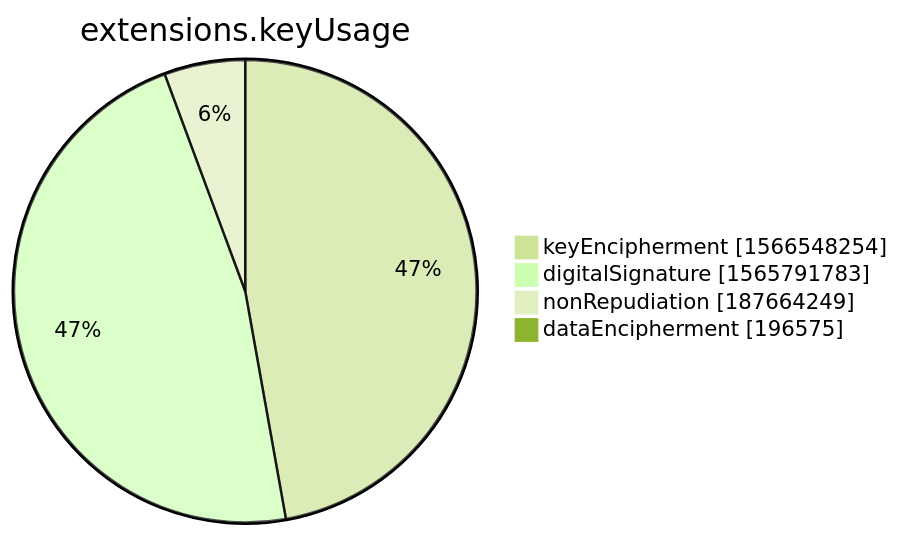
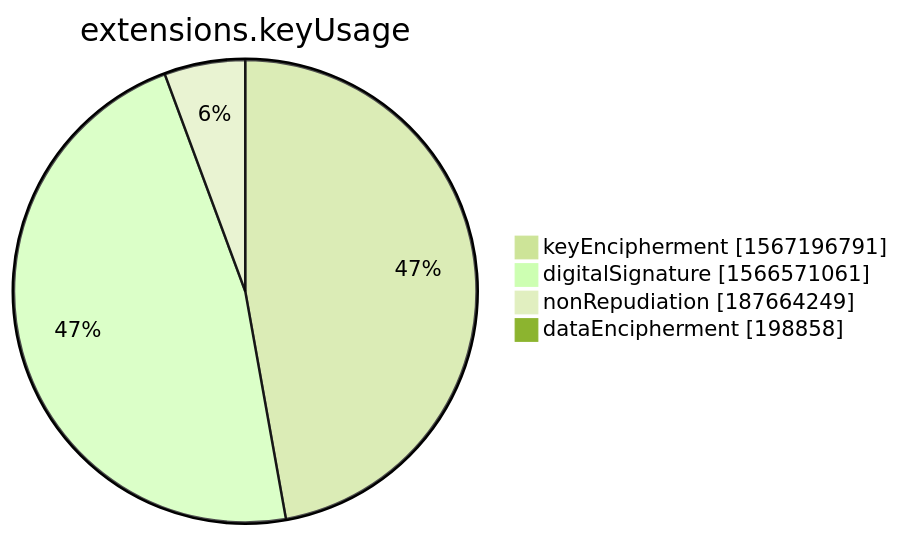
The seventh of 15 diagrams in xenon2022/README.md (christiankrug/ctmonitor_visualization), drawn with Mermaid (forest theme) before and after one commit. The commit also changed other lines of this file, not shown here.

````diff
--- a/xenon2022/README.md
+++ b/xenon2022/README.md
@@ -2853,8 +2853,8 @@
 ```mermaid
 pie showData
 title extensions.keyUsage
-"keyEncipherment" :1566548254
-"digitalSignature" :1565791783
+"keyEncipherment" :1567196791
+"digitalSignature" :1566571061
 "nonRepudiation" :187664249
-"dataEncipherment" :196575
+"dataEncipherment" :198858
 ```
````
